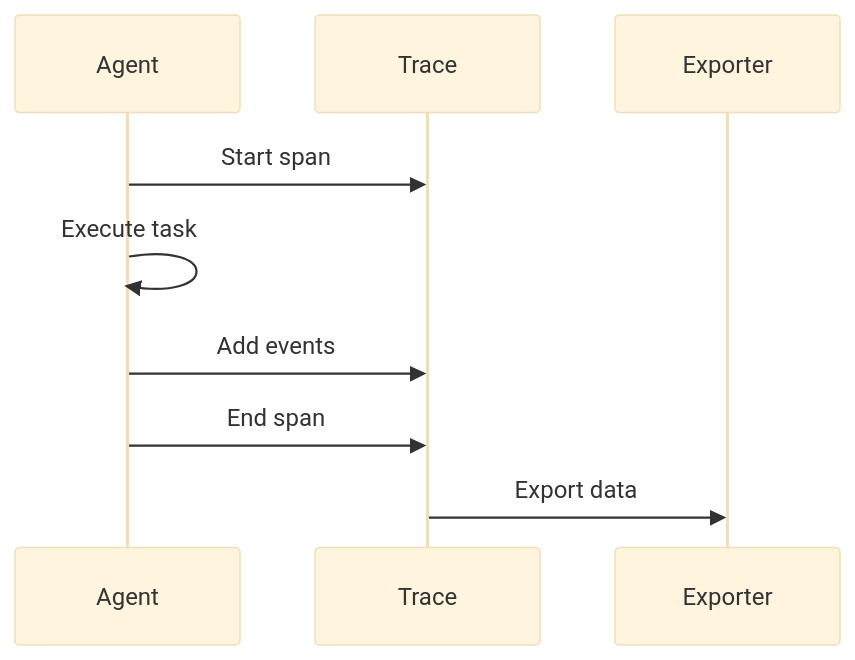
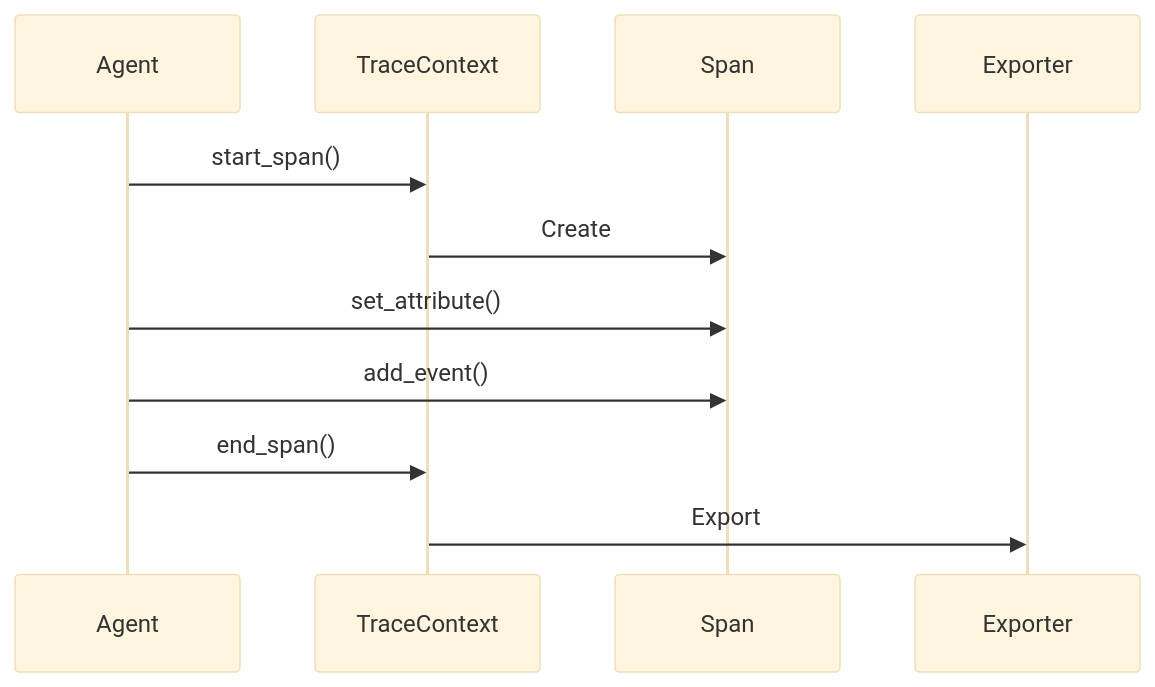
One commit to MervinPraison/PraisonAIDocs changed the second of 2 diagrams in docs/rust/tracing.mdx. Above: the diagram before and after it, drawn with Mermaid (base theme). The commit also changed other lines of this file and 20 other files, not shown here.

````diff
--- a/docs/rust/tracing.mdx
+++ b/docs/rust/tracing.mdx
@@ -63,12 +68,14 @@
 ```mermaid
 sequenceDiagram
     participant Agent
-    participant Trace
+    participant TraceContext
+    participant Span
     participant Exporter
     
-    Agent->>Trace: Start span
-    Agent->>Agent: Execute task
-    Agent->>Trace: Add events
-    Agent->>Trace: End span
-    Trace->>Exporter: Export data
+    Agent->>TraceContext: start_span()
+    TraceContext->>Span: Create
+    Agent->>Span: set_attribute()
+    Agent->>Span: add_event()
+    Agent->>TraceContext: end_span()
+    TraceContext->>Exporter: Export
 ```
````
